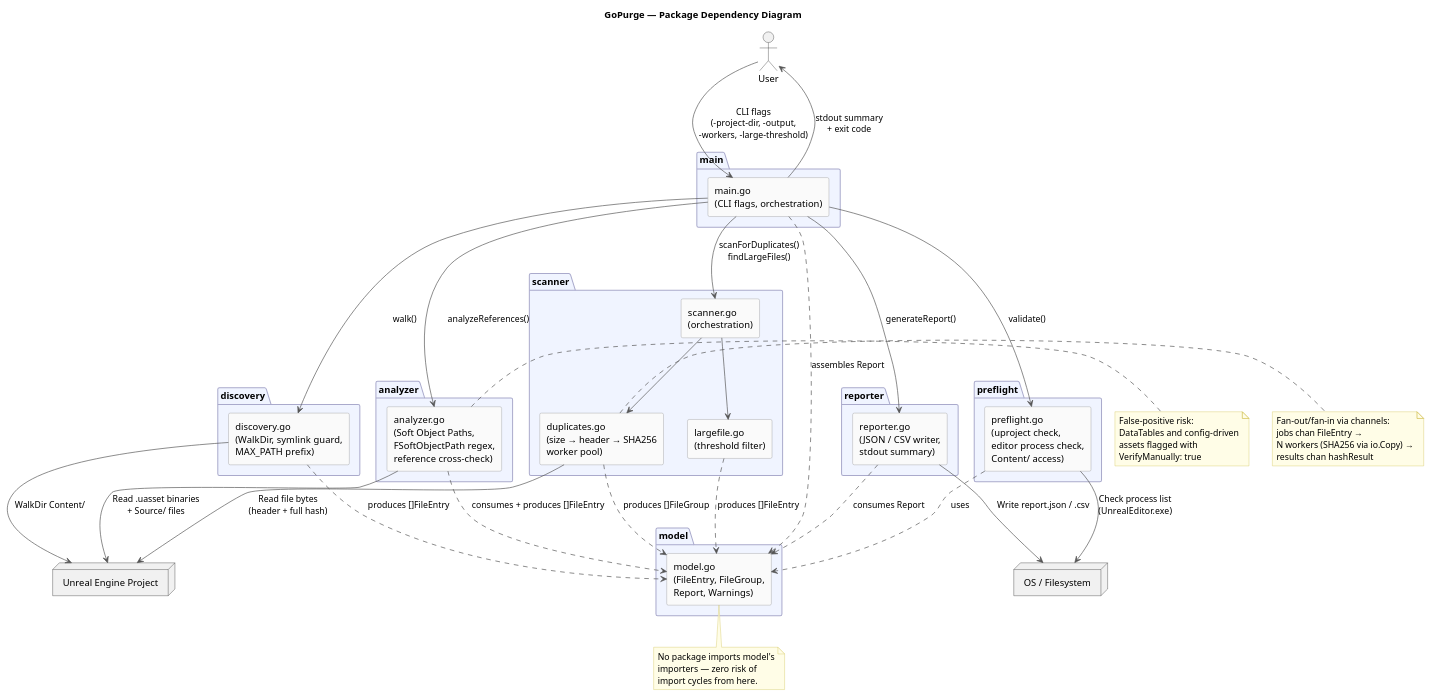
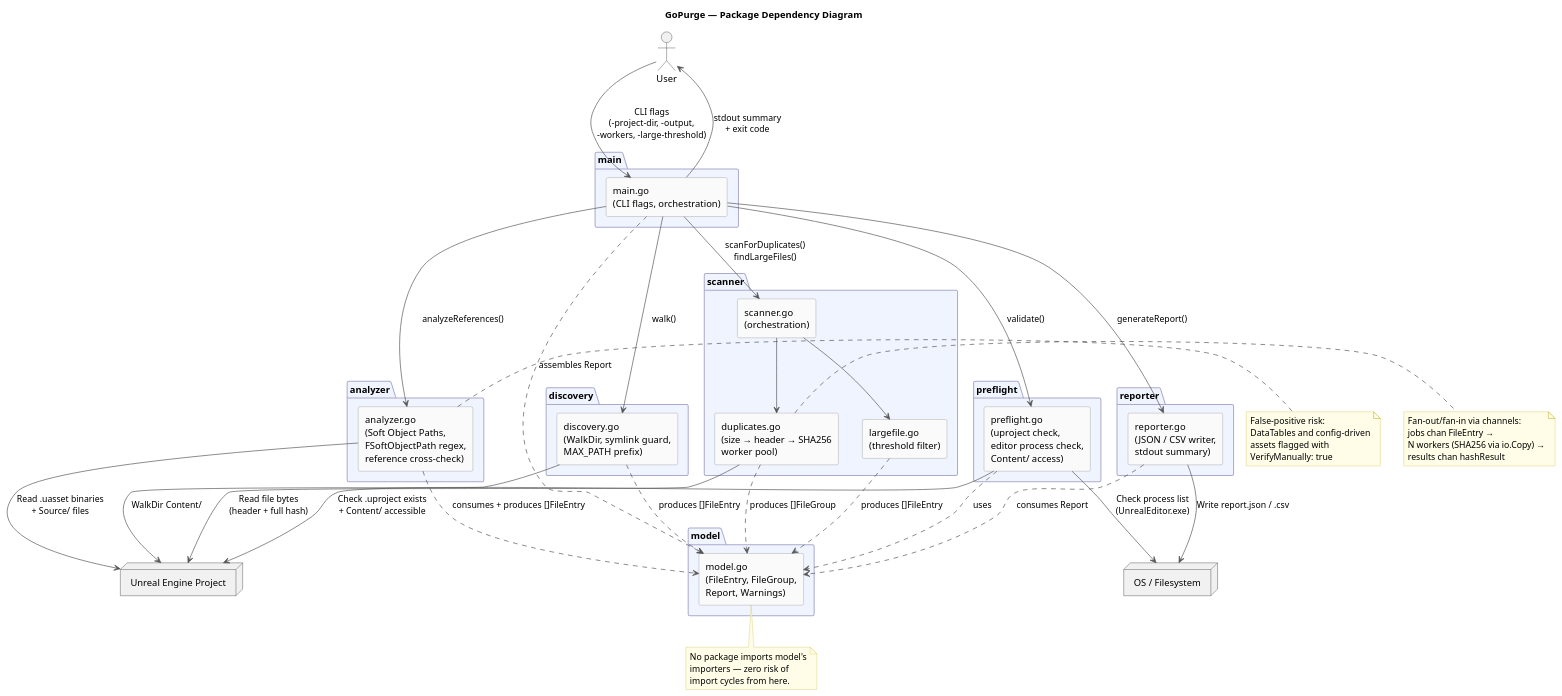
Before and after one commit to DunderGG/go-playground: the diagram in AssetCleanup/components.puml, drawn with PlantUML. The commit also changed 3 other files, not shown here.

```diff
--- a/AssetCleanup/components.puml
+++ b/AssetCleanup/components.puml
@@ -1,99 +1,100 @@
 @startuml GoPurge Component Diagram
 
 skinparam componentStyle rectangle
 skinparam ArrowColor #555555
 skinparam ComponentBackgroundColor #FAFAFA
 skinparam ComponentBorderColor #888888
 skinparam PackageBackgroundColor #F0F4FF
 skinparam PackageBorderColor #AAAACC
 skinparam NoteBackgroundColor #FFFDE7
 skinparam NoteBorderColor #CCBB44
 
 title GoPurge — Package Dependency Diagram
 
 ' ── EXTERNAL BOUNDARY ────────────────────────────────────────────────────────
 actor User
 node "OS / Filesystem" as OS
 node "Unreal Engine Project" as UEProject
 
 ' ── PACKAGES ─────────────────────────────────────────────────────────────────
 package "main" {
     [main.go\n(CLI flags, orchestration)] as Main
 }
 
 package "preflight" {
     [preflight.go\n(uproject check,\neditor process check,\nContent/ access)] as Preflight
 }
 
 package "discovery" {
     [discovery.go\n(WalkDir, symlink guard,\nMAX_PATH prefix)] as Discovery
 }
 
 package "scanner" {
     [scanner.go\n(orchestration)] as ScannerOrch
     [duplicates.go\n(size → header → SHA256\nworker pool)] as Duplicates
     [largefile.go\n(threshold filter)] as LargeFile
 }
 
 package "analyzer" {
     [analyzer.go\n(Soft Object Paths,\nFSoftObjectPath regex,\nreference cross-check)] as Analyzer
 }
 
 package "reporter" {
     [reporter.go\n(JSON / CSV writer,\nstdout summary)] as Reporter
 }
 
 package "model" {
     [model.go\n(FileEntry, FileGroup,\nReport, Warnings)] as Model
 }
 
 ' ── USER & FILESYSTEM INTERACTIONS ───────────────────────────────────────────
 User --> Main : CLI flags\n(-project-dir, -output,\n-workers, -large-threshold)
 Main --> User : stdout summary\n+ exit code
 
-Preflight --> OS      : Check process list\n(UnrealEditor.exe)
-Discovery --> UEProject : WalkDir Content/
+Preflight --> OS         : Check process list\n(UnrealEditor.exe)
+Preflight --> UEProject  : Check .uproject exists\n+ Content/ accessible
+Discovery --> UEProject  : WalkDir Content/
 Duplicates --> UEProject : Read file bytes\n(header + full hash)
 Analyzer --> UEProject  : Read .uasset binaries\n+ Source/ files
 Reporter --> OS         : Write report.json / .csv
 
 ' ── INTER-PACKAGE DEPENDENCIES ───────────────────────────────────────────────
 Main --> Preflight  : validate()
 Main --> Discovery  : walk()
 Main --> ScannerOrch : scanForDuplicates()\nfindLargeFiles()
 Main --> Analyzer   : analyzeReferences()
 Main --> Reporter   : generateReport()
 
 ScannerOrch --> Duplicates
 ScannerOrch --> LargeFile
 
 ' ── model is consumed by all (no arrows back up to avoid clutter) ─────────────
 Preflight  ..> Model : uses
 Discovery  ..> Model : produces []FileEntry
 Duplicates ..> Model : produces []FileGroup
 LargeFile  ..> Model : produces []FileEntry
 Analyzer   ..> Model : consumes + produces []FileEntry
 Reporter   ..> Model : consumes Report
 Main       ..> Model : assembles Report
 
 note bottom of Model
   No package imports model's
   importers — zero risk of
   import cycles from here.
 end note
 
 note right of Duplicates
   Fan-out/fan-in via channels:
   jobs chan FileEntry →
   N workers (SHA256 via io.Copy) →
   results chan hashResult
 end note
 
 note right of Analyzer
   False-positive risk:
   DataTables and config-driven
   assets flagged with
   VerifyManually: true
 end note
 
 @enduml
```
